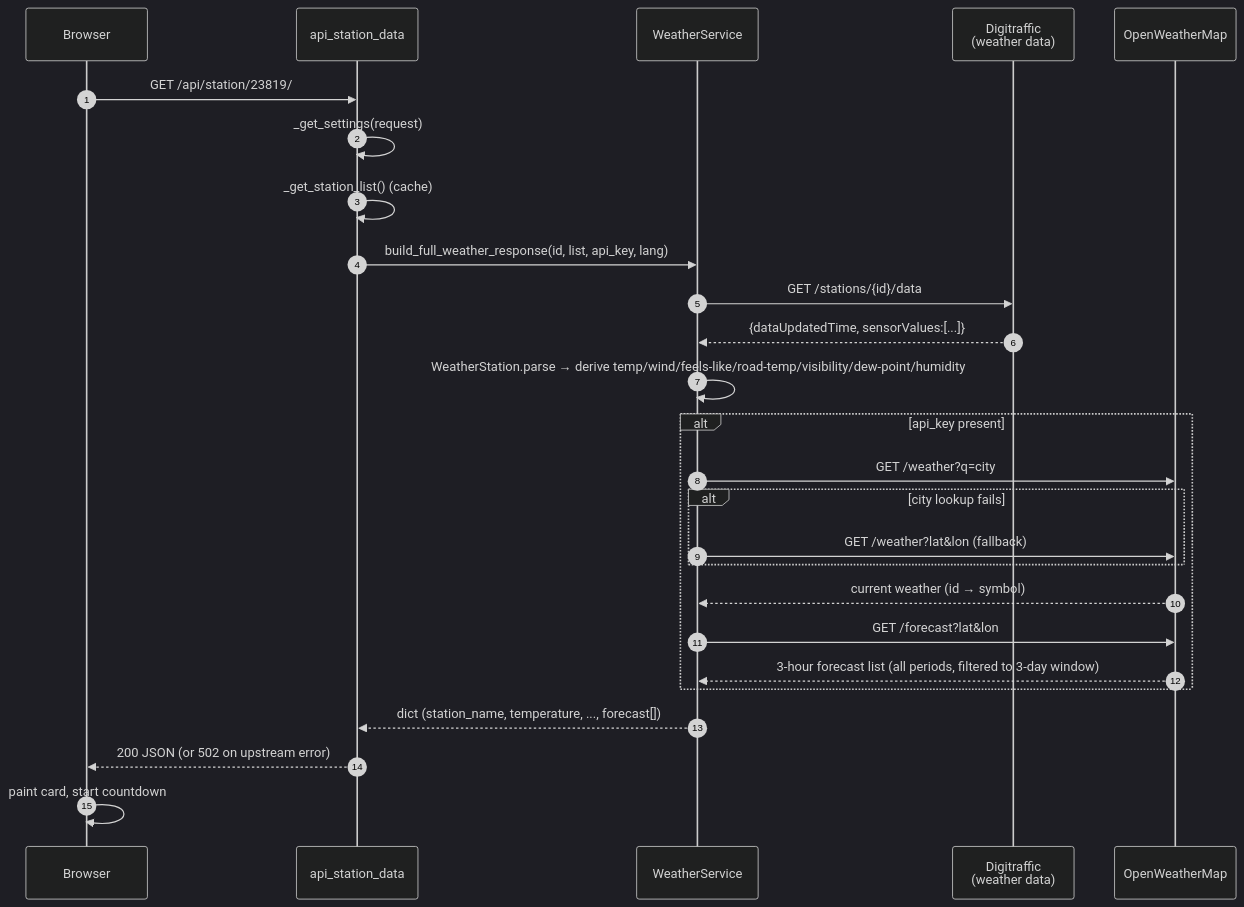
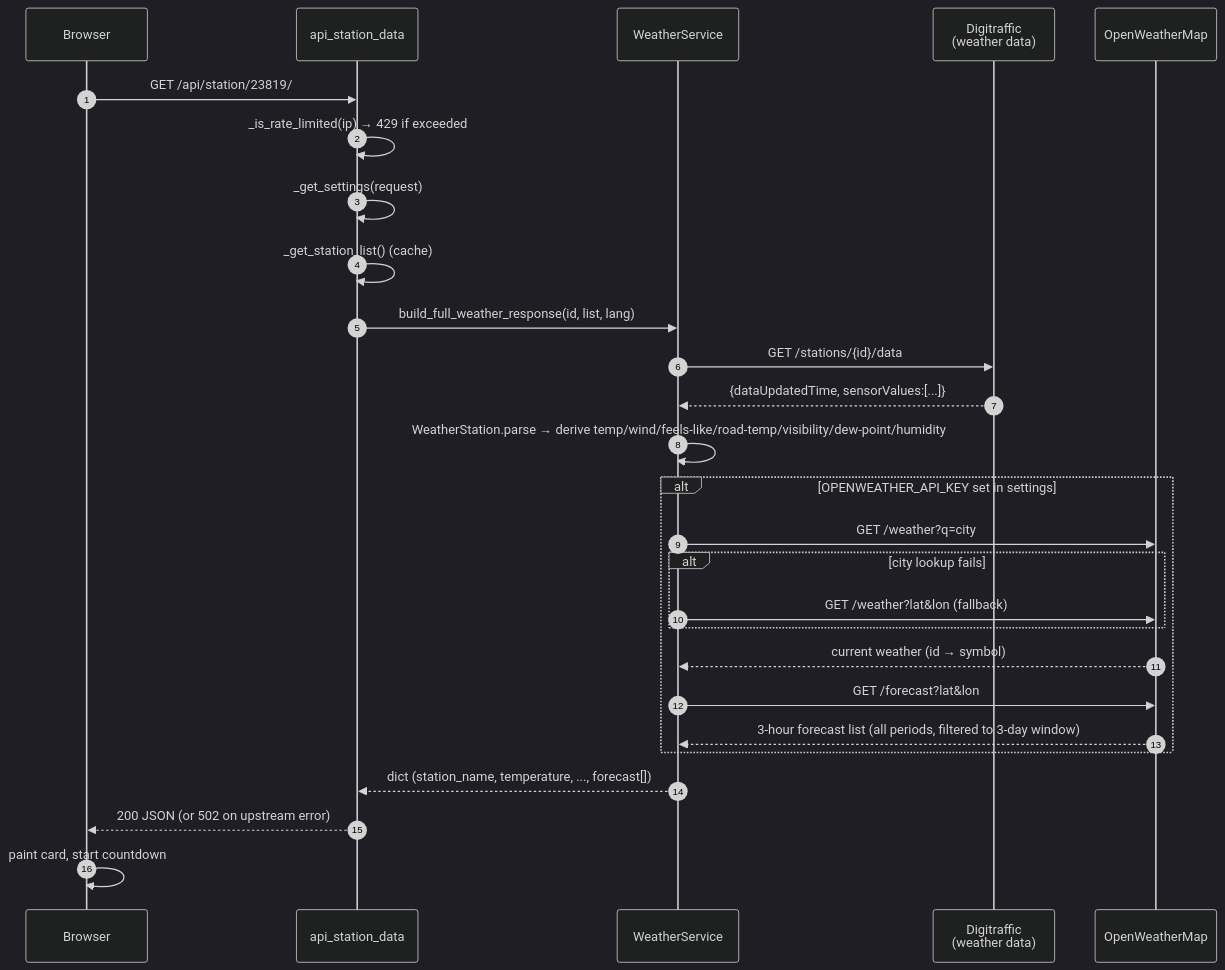
The fourth of 10 diagrams in docs/ARCHITECTURE.md (jjankkil/weatherview-django), drawn with Mermaid (dark theme) before and after one commit. The commit also changed other lines of this file and 14 other files, not shown here.

Commit message:
Move OpenWeatherMap API key to server-side config, add IP rate limiting, fix Nginx proxy setup

````diff
--- a/docs/ARCHITECTURE.md
+++ b/docs/ARCHITECTURE.md
@@ -222,29 +222,30 @@
 ```mermaid
 sequenceDiagram
     autonumber
     participant Browser
     participant View as api_station_data
     participant WS as WeatherService
     participant DT as Digitraffic<br/>(weather data)
     participant OWM as OpenWeatherMap
 
     Browser->>View: GET /api/station/23819/
+    View->>View: _is_rate_limited(ip) → 429 if exceeded
     View->>View: _get_settings(request)
     View->>View: _get_station_list() (cache)
-    View->>WS: build_full_weather_response(id, list, api_key, lang)
+    View->>WS: build_full_weather_response(id, list, lang)
     WS->>DT: GET /stations/{id}/data
     DT-->>WS: {dataUpdatedTime, sensorValues:[...]}
     WS->>WS: WeatherStation.parse → derive temp/wind/feels-like/road-temp/visibility/dew-point/humidity
-    alt api_key present
+    alt OPENWEATHER_API_KEY set in settings
         WS->>OWM: GET /weather?q=city
         alt city lookup fails
             WS->>OWM: GET /weather?lat&lon (fallback)
         end
         OWM-->>WS: current weather (id → symbol)
         WS->>OWM: GET /forecast?lat&lon
         OWM-->>WS: 3-hour forecast list (all periods, filtered to 3-day window)
     end
     WS-->>View: dict (station_name, temperature, ..., forecast[])
     View-->>Browser: 200 JSON   (or 502 on upstream error)
     Browser->>Browser: paint card, start countdown
 ```
````
